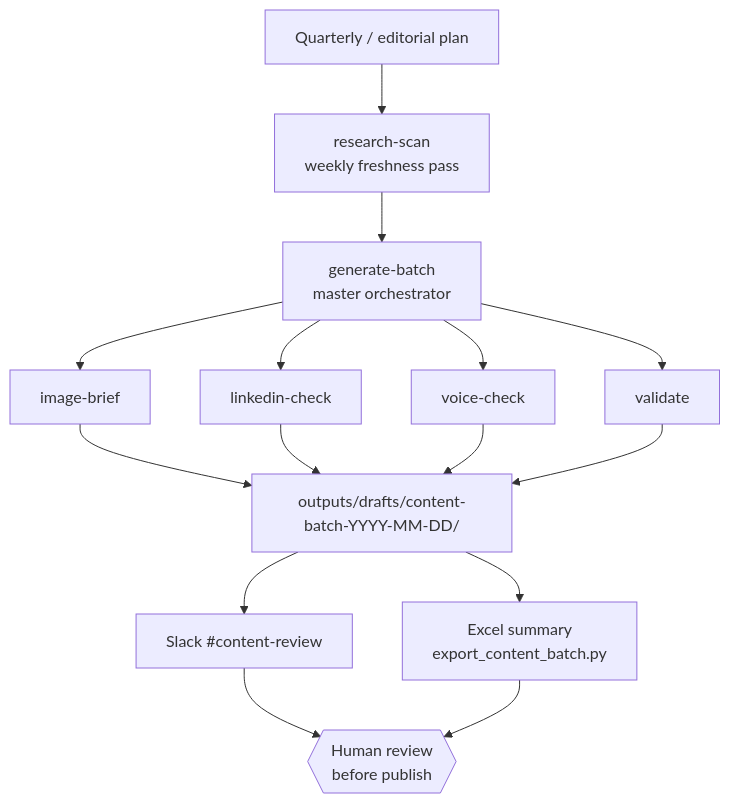
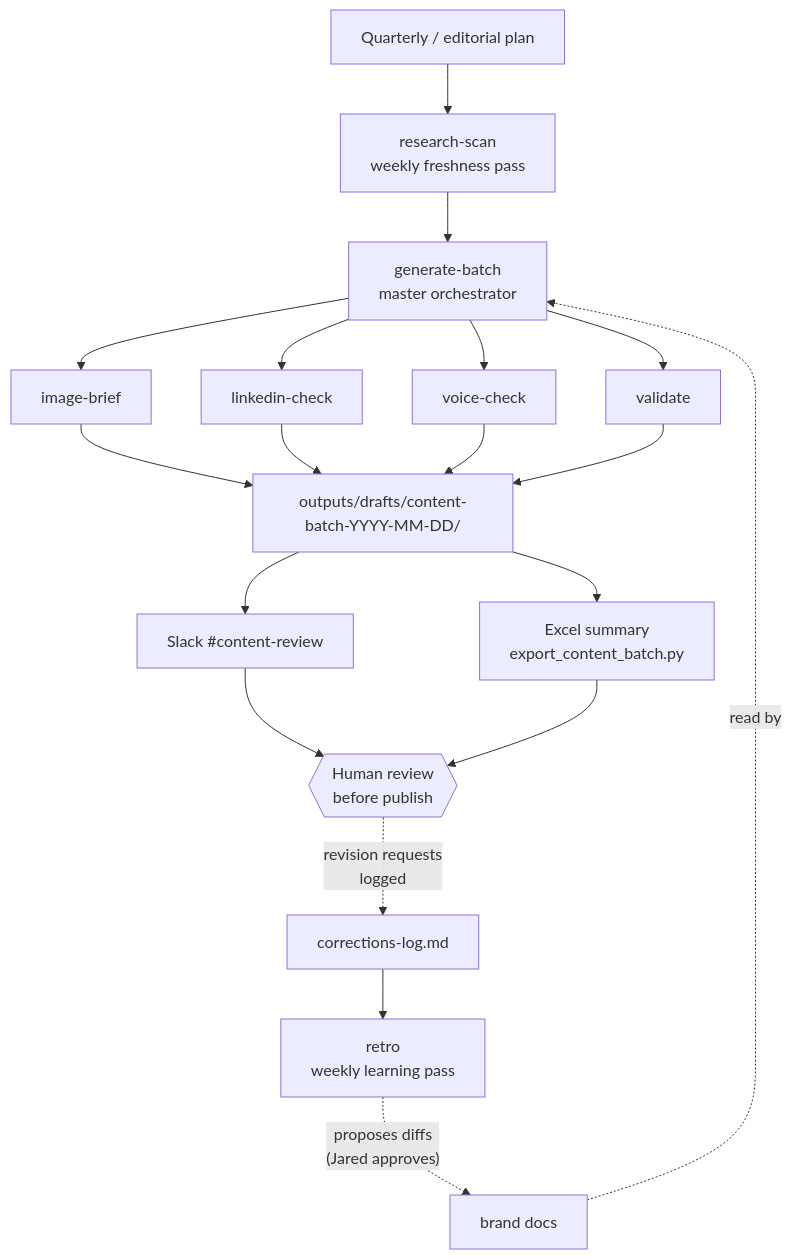
Before and after one commit to evercrisp-ai-org/clients: the first of 4 diagrams in capable-wealth/tech-pack/04-workflow-maps.md, drawn with Mermaid. The commit also changed other lines of this file and 32 other files, not shown here.

First line of the commit message:
Add recursive learning loop (corrections-log + /retro) and sync content drafts

````diff
--- a/capable-wealth/tech-pack/04-workflow-maps.md
+++ b/capable-wealth/tech-pack/04-workflow-maps.md
@@ -13,17 +13,21 @@
 ```mermaid
 flowchart TD
     QP["Quarterly / editorial plan"] --> RS["research-scan<br/>weekly freshness pass"]
     RS --> GB["generate-batch<br/>master orchestrator"]
     GB --> IB["image-brief"]
     GB --> LC["linkedin-check"]
     GB --> VC["voice-check"]
     GB --> VAL["validate"]
     IB --> OUT
     LC --> OUT
     VC --> OUT
     VAL --> OUT["outputs/drafts/content-batch-YYYY-MM-DD/"]
     OUT --> XL["Excel summary<br/>export_content_batch.py"]
     OUT --> SL["Slack #content-review"]
     SL --> HUMAN{{"Human review<br/>before publish"}}
     XL --> HUMAN
+    HUMAN -.->|"revision requests<br/>logged"| LOG["corrections-log.md"]
+    LOG --> RETRO["retro<br/>weekly learning pass"]
+    RETRO -.->|"proposes diffs<br/>(Jared approves)"| BRAND["brand docs"]
+    BRAND -.->|"read by"| GB
 ```
````
